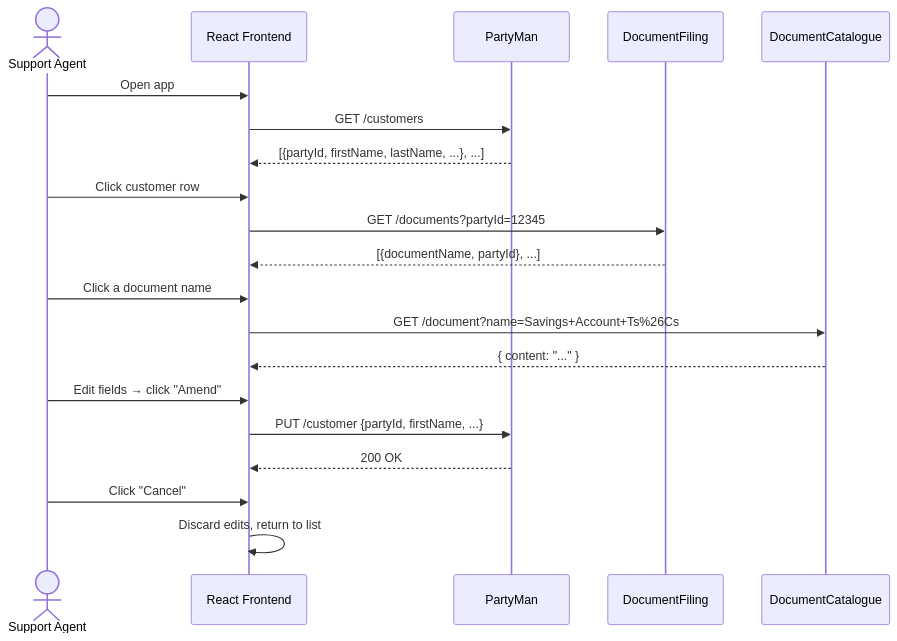
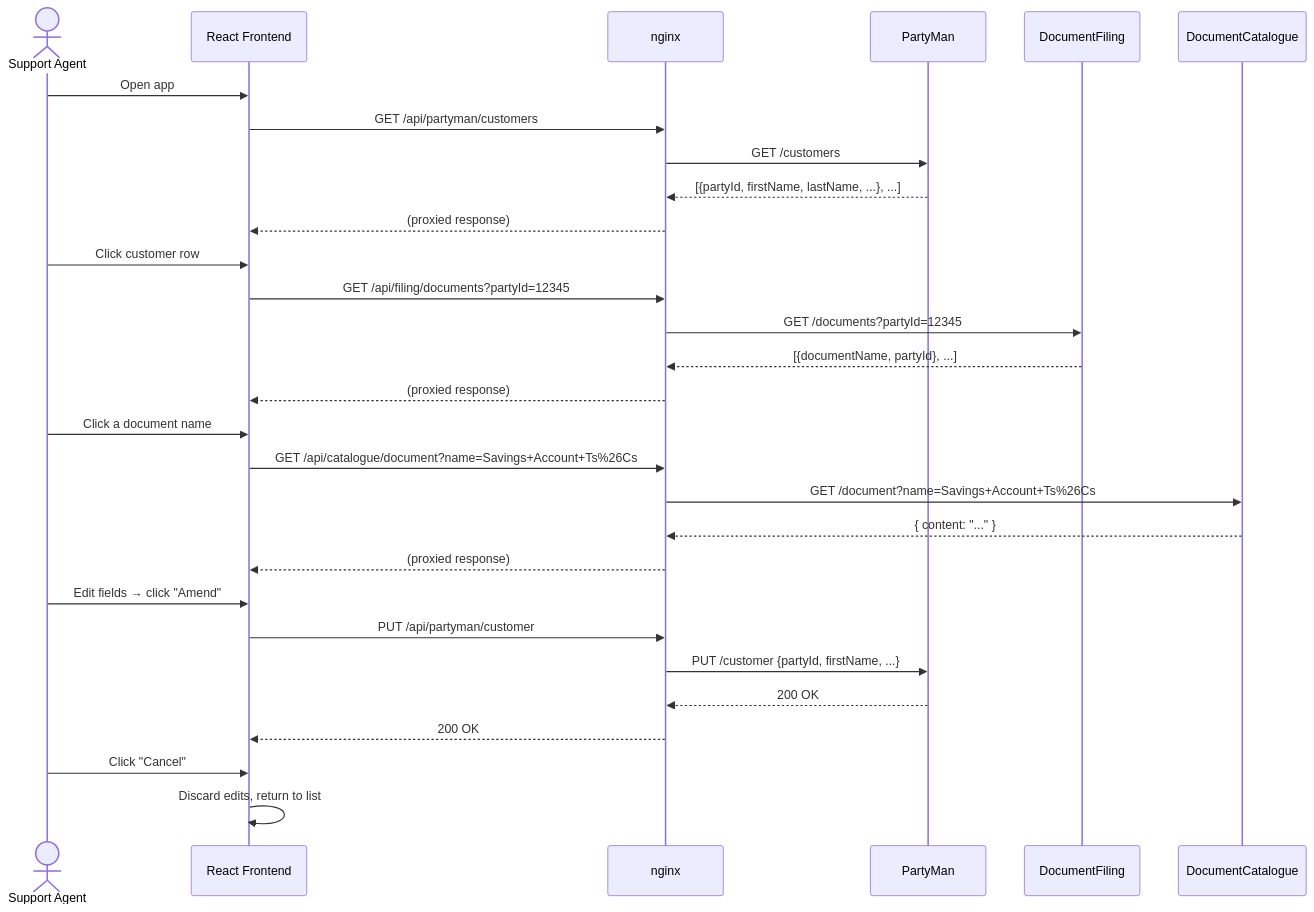
One commit to mikenunan/openobserve-poc changed the second of 3 diagrams in docs/architecture-plan.md. Above: the diagram before and after it, drawn with Mermaid. The commit also changed other lines of this file, not shown here.

Commit message:
docs(architecture-plan): reviewed, updated to v2

````diff
--- a/docs/architecture-plan.md
+++ b/docs/architecture-plan.md
@@ -49,27 +60,36 @@
 ```mermaid
 sequenceDiagram
     actor Agent as Support Agent
     participant FE as React Frontend
+    participant NG as nginx
     participant PM as PartyMan
     participant DF as DocumentFiling
     participant DC as DocumentCatalogue
 
     Agent->>FE: Open app
-    FE->>PM: GET /customers
-    PM-->>FE: [{partyId, firstName, lastName, ...}, ...]
+    FE->>NG: GET /api/partyman/customers
+    NG->>PM: GET /customers
+    PM-->>NG: [{partyId, firstName, lastName, ...}, ...]
+    NG-->>FE: (proxied response)
 
     Agent->>FE: Click customer row
-    FE->>DF: GET /documents?partyId=12345
-    DF-->>FE: [{documentName, partyId}, ...]
+    FE->>NG: GET /api/filing/documents?partyId=12345
+    NG->>DF: GET /documents?partyId=12345
+    DF-->>NG: [{documentName, partyId}, ...]
+    NG-->>FE: (proxied response)
 
     Agent->>FE: Click a document name
-    FE->>DC: GET /document?name=Savings+Account+Ts%26Cs
-    DC-->>FE: { content: "..." }
+    FE->>NG: GET /api/catalogue/document?name=Savings+Account+Ts%26Cs
+    NG->>DC: GET /document?name=Savings+Account+Ts%26Cs
+    DC-->>NG: { content: "..." }
+    NG-->>FE: (proxied response)
 
     Agent->>FE: Edit fields → click "Amend"
-    FE->>PM: PUT /customer  {partyId, firstName, ...}
-    PM-->>FE: 200 OK
+    FE->>NG: PUT /api/partyman/customer
+    NG->>PM: PUT /customer {partyId, firstName, ...}
+    PM-->>NG: 200 OK
+    NG-->>FE: 200 OK
 
     Agent->>FE: Click "Cancel"
     FE->>FE: Discard edits, return to list
 ```
````
